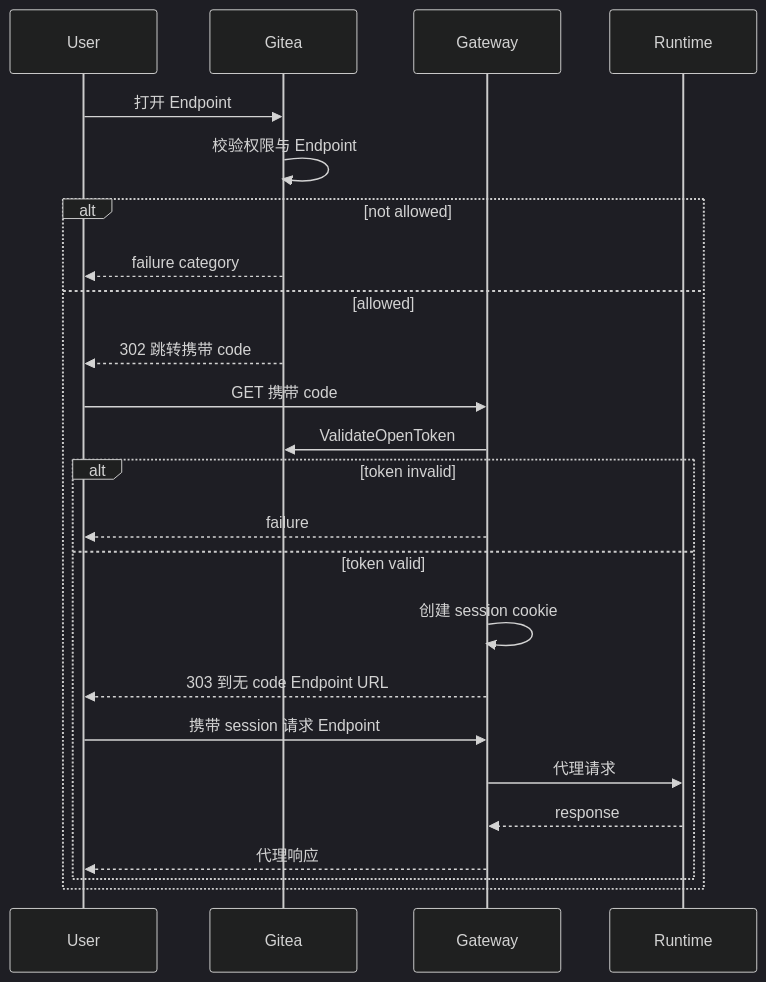
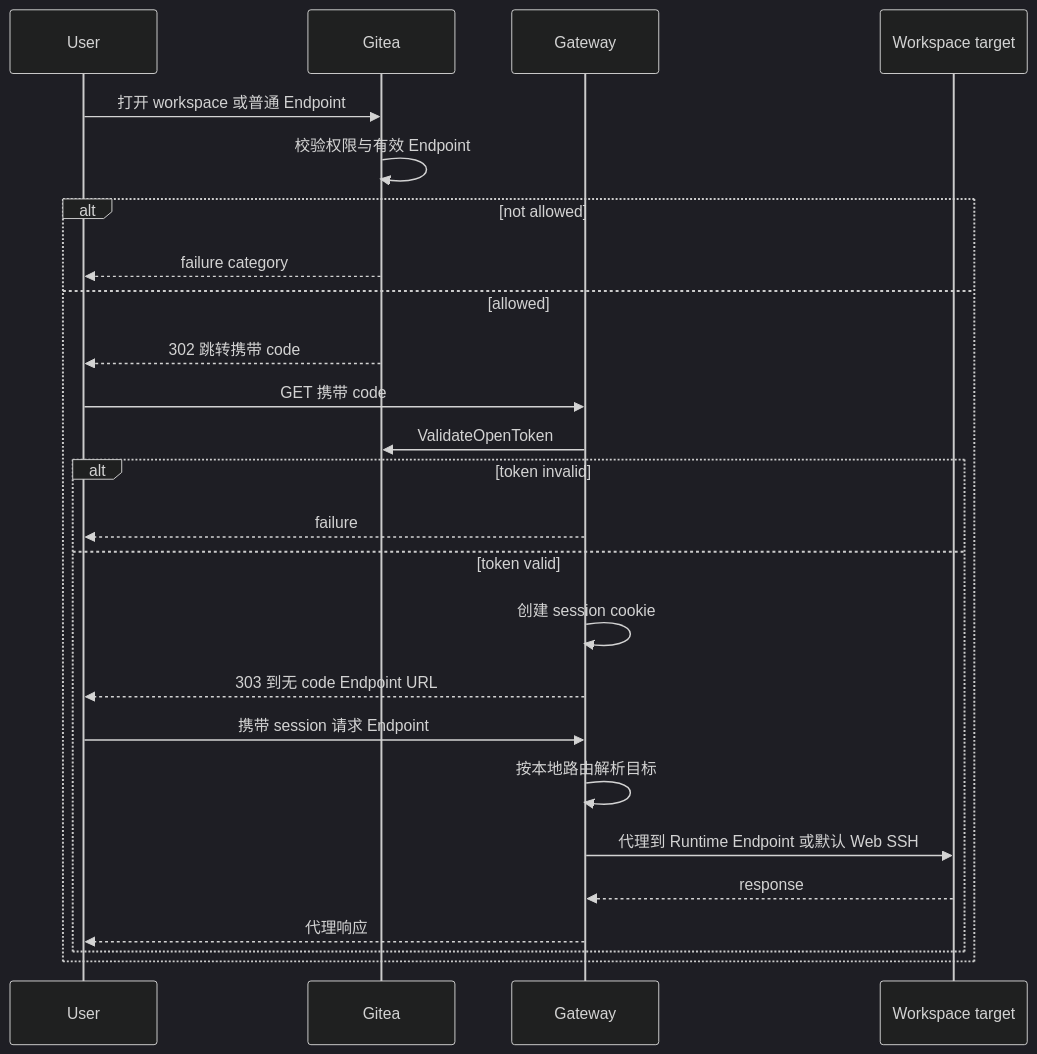
The second of 3 diagrams in src/manager-gateway.md (ExplodingDragon/gitea-dev), drawn with Mermaid (dark theme) before and after one commit. The commit also changed other lines of this file and 9 other files, not shown here.

````diff
--- a/src/manager-gateway.md
+++ b/src/manager-gateway.md
@@ -609,27 +669,28 @@
 ```mermaid
 sequenceDiagram
     participant U as User
     participant G as Gitea
     participant W as Gateway
-    participant R as Runtime
+    participant T as Workspace target
 
-    U->>G: 打开 Endpoint
-    G->>G: 校验权限与 Endpoint
+    U->>G: 打开 workspace 或普通 Endpoint
+    G->>G: 校验权限与有效 Endpoint
     alt not allowed
         G-->>U: failure category
     else allowed
         G-->>U: 302 跳转携带 code
         U->>W: GET 携带 code
         W->>G: ValidateOpenToken
         alt token invalid
             W-->>U: failure
         else token valid
             W->>W: 创建 session cookie
             W-->>U: 303 到无 code Endpoint URL
             U->>W: 携带 session 请求 Endpoint
-            W->>R: 代理请求
-            R-->>W: response
+            W->>W: 按本地路由解析目标
+            W->>T: 代理到 Runtime Endpoint 或默认 Web SSH
+            T-->>W: response
             W-->>U: 代理响应
         end
     end
 ```
````
